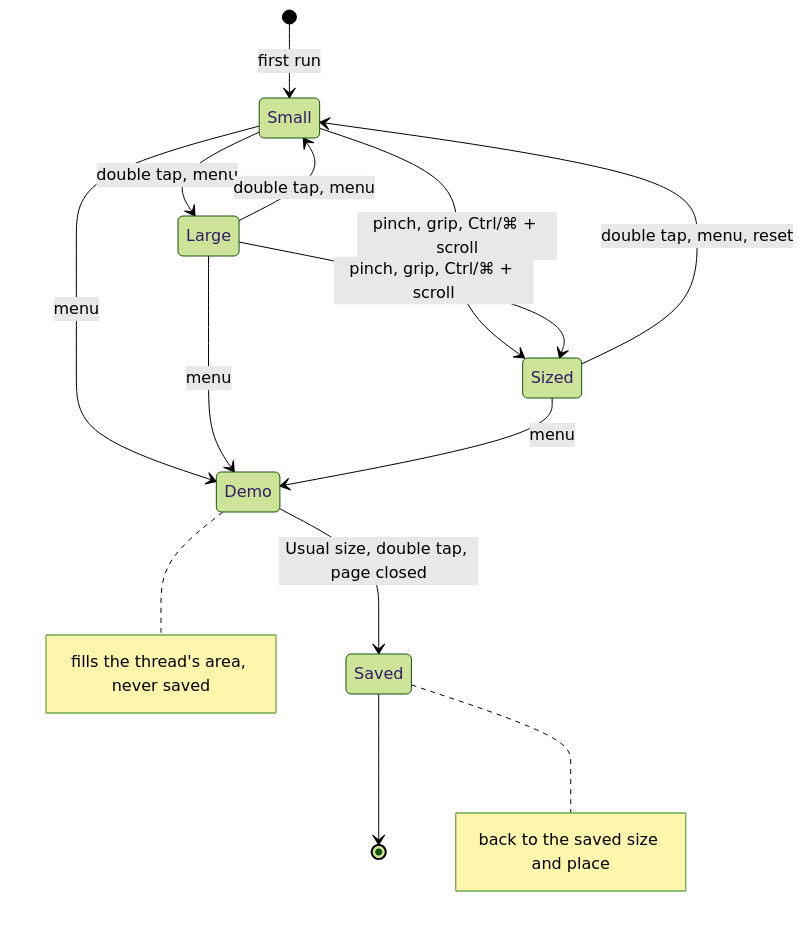
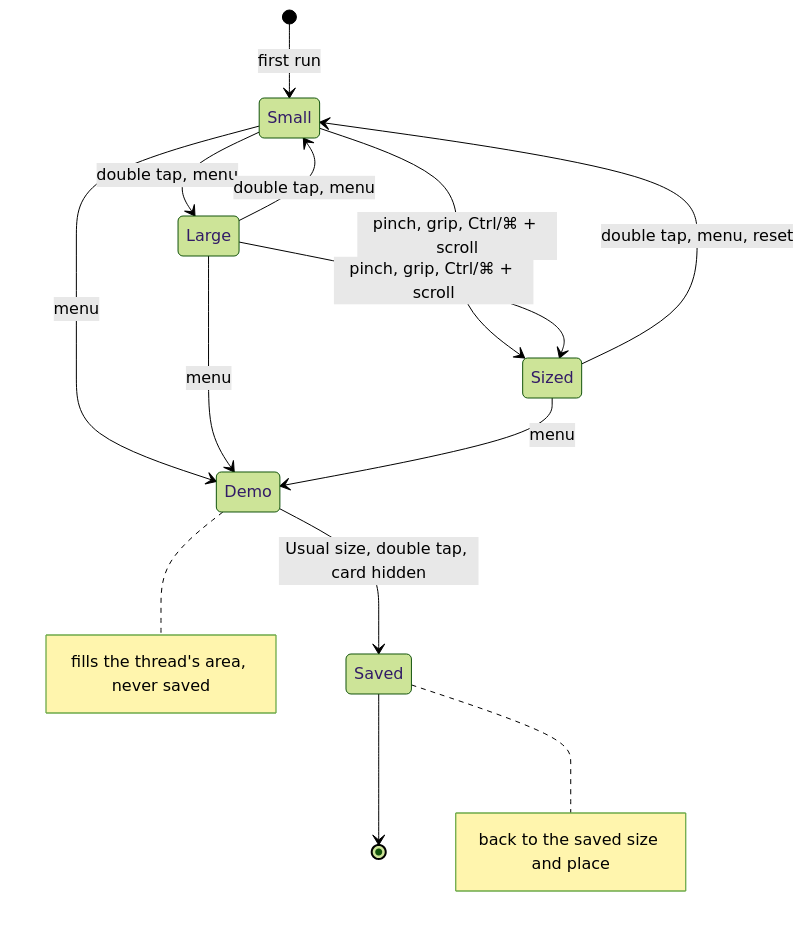
Before and after one commit to matthiasn/lotti: diagram 12 of 12 in knowledge/features/front_agent.md, drawn with Mermaid (forest theme). The commit also changed other lines of this file and 40 other files, not shown here.

````diff
--- a/knowledge/features/front_agent.md
+++ b/knowledge/features/front_agent.md
@@ -1463,16 +1476,16 @@
 ```mermaid
 stateDiagram-v2
   [*] --> Small: first run
   Small --> Large: double tap, menu
   Large --> Small: double tap, menu
   Small --> Sized: pinch, grip, Ctrl/⌘ + scroll
   Large --> Sized: pinch, grip, Ctrl/⌘ + scroll
   Sized --> Small: double tap, menu, reset
   Small --> Demo: menu
   Large --> Demo: menu
   Sized --> Demo: menu
-  Demo --> Saved: Usual size, double tap, page closed
+  Demo --> Saved: Usual size, double tap, card hidden
   Saved --> [*]
   note right of Demo: fills the thread's area, never saved
   note right of Saved: back to the saved size and place
 ```
````
